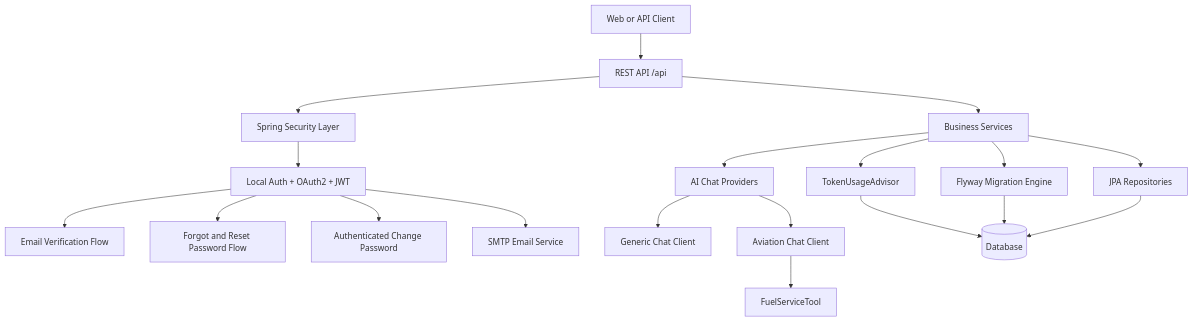
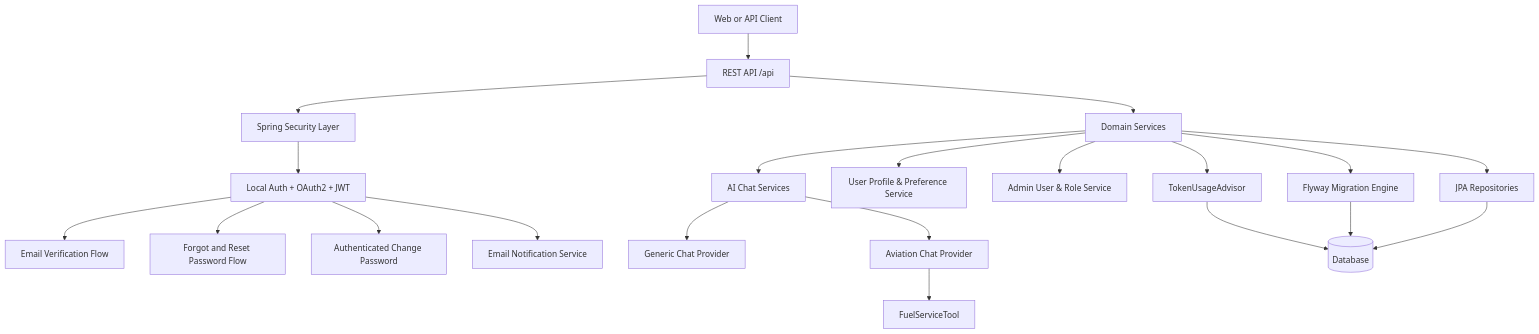
Before and after one commit to arsan13/ai-services-core: the diagram in README.md, drawn with Mermaid. The commit also changed other lines of this file and 215 other files, not shown here.

````diff
--- a/README.md
+++ b/README.md
@@ -65,26 +74,29 @@
 ```mermaid
 flowchart TD
   Client[Web or API Client] --> API[REST API /api]
 
   API --> Security[Spring Security Layer]
   Security --> Auth[Local Auth + OAuth2 + JWT]
   Auth --> Verify[Email Verification Flow]
   Auth --> Reset[Forgot and Reset Password Flow]
   Auth --> Change[Authenticated Change Password]
-  Auth --> Mail[SMTP Email Service]
+  Auth --> Mail[Email Notification Service]
 
-  API --> Services[Business Services]
-  Services --> Chat[AI Chat Providers]
-  Chat --> Generic[Generic Chat Client]
-  Chat --> Aviation[Aviation Chat Client]
+  API --> Services[Domain Services]
+  Services --> Chat[AI Chat Services]
+  Chat --> Generic[Generic Chat Provider]
+  Chat --> Aviation[Aviation Chat Provider]
   Aviation --> Tools[FuelServiceTool]
 
+  Services --> UserMgmt[User Profile & Preference Service]
+  Services --> AdminMgmt[Admin User & Role Service]
+  
   Services --> Audit[TokenUsageAdvisor]
   Audit --> DB[(Database)]
 
   Services --> Flyway[Flyway Migration Engine]
   Flyway --> DB
 
   Services --> Repos[JPA Repositories]
   Repos --> DB
 ```
````
